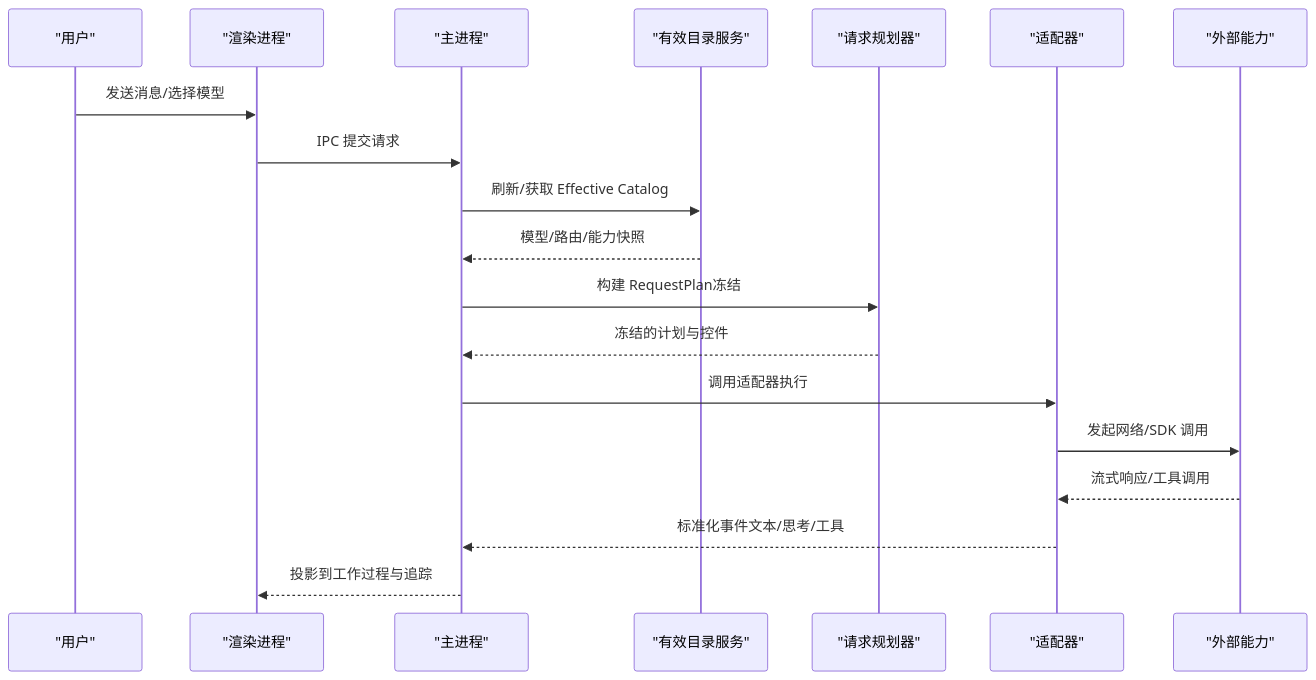
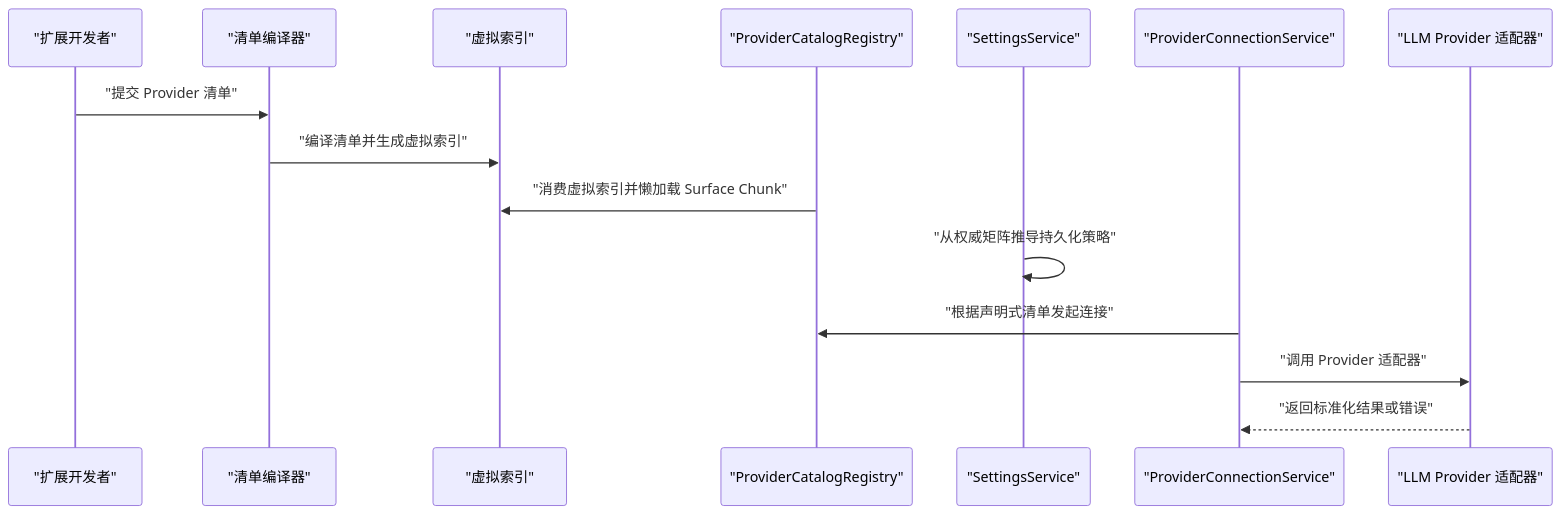
One commit to haolange/RDC-Agent changed the second of 7 diagrams in .qoder/repowiki/zh/content/扩展开发/扩展开发.md. Above: the diagram before and after it, drawn with Mermaid. The commit also changed other lines of this file and 356 other files, not shown here.

````diff
--- a/.qoder/repowiki/zh/content/扩展开发/扩展开发.md
+++ b/.qoder/repowiki/zh/content/扩展开发/扩展开发.md
@@ -85,21 +140,18 @@
 ```mermaid
 sequenceDiagram
-participant U as "用户"
-participant R as "渲染进程"
-participant M as "主进程"
-participant EC as "有效目录服务"
-participant RP as "请求规划器"
-participant AD as "适配器"
-participant P as "外部能力"
-U->>R : 发送消息/选择模型
-R->>M : IPC 提交请求
-M->>EC : 刷新/获取 Effective Catalog
-EC-->>M : 模型/路由/能力快照
-M->>RP : 构建 RequestPlan冻结
-RP-->>M : 冻结的计划与控件
-M->>AD : 调用适配器执行
-AD->>P : 发起网络/SDK 调用
-P-->>AD : 流式响应/工具调用
-AD-->>M : 标准化事件文本/思考/工具
-M-->>R : 投影到工作过程与追踪
+    participant Dev as "扩展开发者"
+    participant Build as "清单编译器"
+    participant Index as "虚拟索引"
+    participant Registry as "ProviderCatalogRegistry"
+    participant Settings as "SettingsService"
+    participant Connection as "ProviderConnectionService"
+    participant Adapter as "LLM Provider 适配器"
+
+    Dev->>Build: "提交 Provider 清单"
+    Build->>Index: "编译清单并生成虚拟索引"
+    Registry->>Index: "消费虚拟索引并懒加载 Surface Chunk"
+    Settings->>Settings: "从权威矩阵推导持久化策略"
+    Connection->>Registry: "根据声明式清单发起连接"
+    Connection->>Adapter: "调用 Provider 适配器"
+    Adapter-->>Connection: "返回标准化结果或错误"
 ```
````
